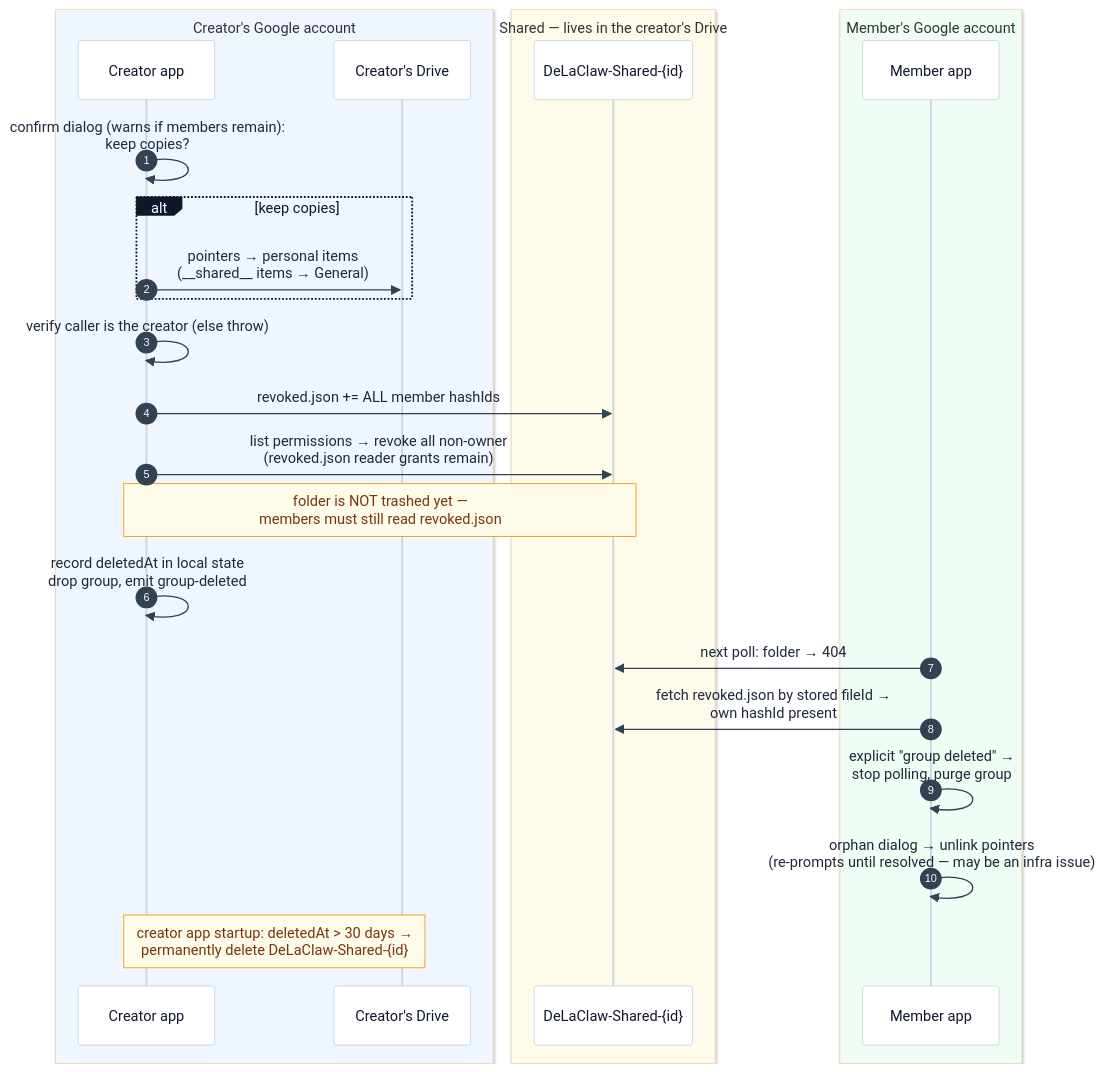
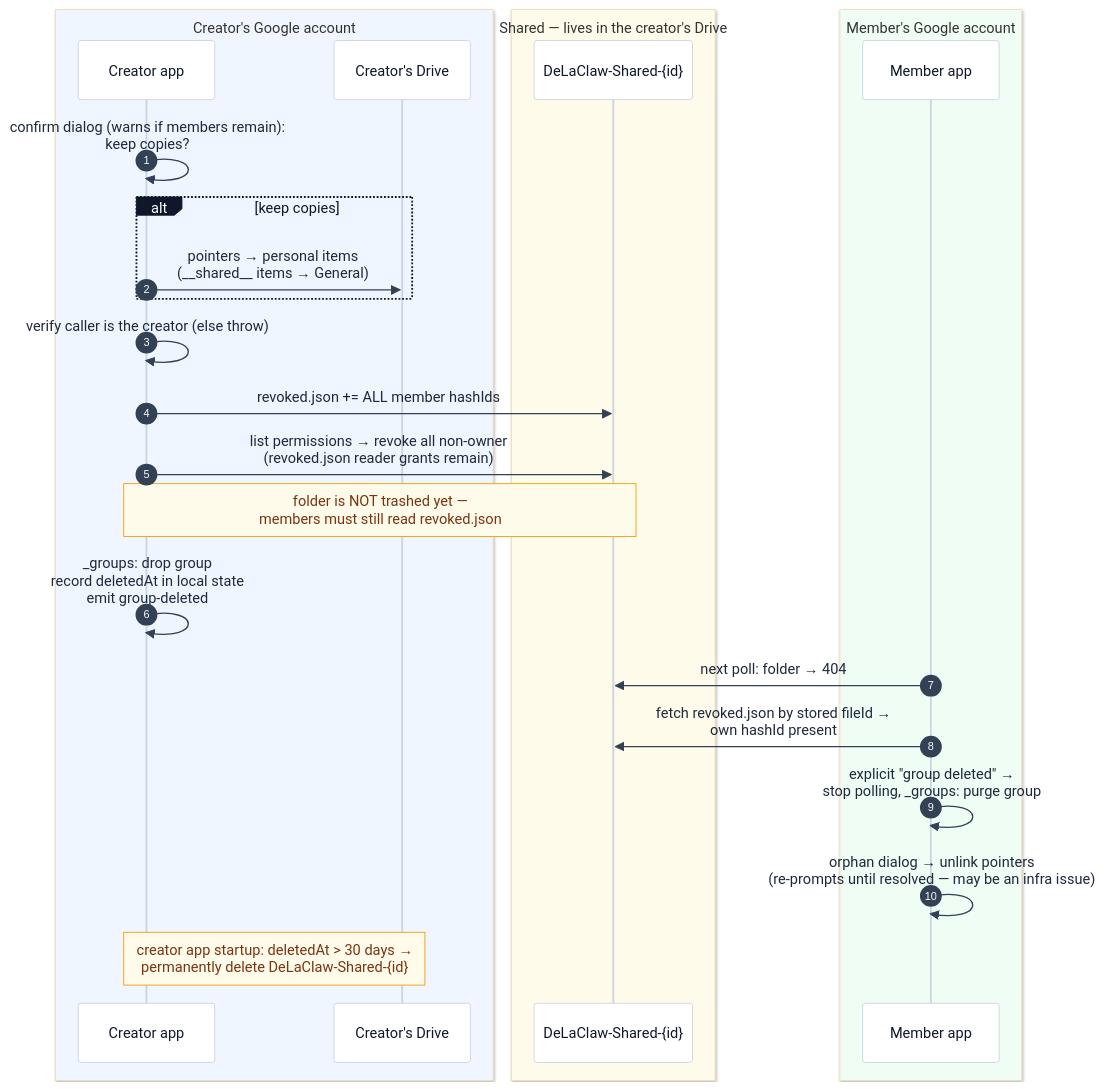
One commit to AntGro/DeLaClaw changed diagram 11 of 12 in docs-site/sharing.md. Above: the diagram before and after it, drawn with Mermaid. The commit also changed other lines of this file and 27 other files, not shown here.

````diff
--- a/docs-site/sharing.md
+++ b/docs-site/sharing.md
@@ -322,30 +424,30 @@
 ```mermaid
 %%{init: {'theme': 'base', 'themeVariables': {'background': '#fbfaf8', 'actorBkg': '#ffffff', 'actorBorder': '#cbd5e1', 'actorTextColor': '#0f172a', 'actorLineColor': '#cbd5e1', 'signalColor': '#334155', 'signalTextColor': '#1e293b', 'noteBkgColor': '#fffbeb', 'noteBorderColor': '#f59e0b', 'noteTextColor': '#78350f', 'labelBoxBkgColor': '#0f172a', 'labelBoxBorderColor': '#0f172a', 'labelTextColor': '#ffffff'}}}%%
 sequenceDiagram
     autonumber
     box rgb(239,246,255) Creator's Google account
     participant CA as Creator app
     participant CD as Creator's Drive
     end
     box rgb(255,251,235) Shared — lives in the creator's Drive
     participant SF as DeLaClaw-Shared-{id}
     end
     box rgb(240,253,244) Member's Google account
     participant MA as Member app
     end
 
     CA->>CA: confirm dialog (warns if members remain):<br/>keep copies?
     alt keep copies
     CA->>CD: pointers → personal items<br/>(__shared__ items → General)
     end
     CA->>CA: verify caller is the creator (else throw)
     CA->>SF: revoked.json += ALL member hashIds
     CA->>SF: list permissions → revoke all non-owner<br/>(revoked.json reader grants remain)
     Note over CA,SF: folder is NOT trashed yet —<br/>members must still read revoked.json
-    CA->>CA: record deletedAt in local state<br/>drop group, emit group-deleted
+    CA->>CA: _groups: drop group<br/>record deletedAt in local state<br/>emit group-deleted
     MA->>SF: next poll: folder → 404
     MA->>SF: fetch revoked.json by stored fileId →<br/>own hashId present
-    MA->>MA: explicit "group deleted" →<br/>stop polling, purge group
+    MA->>MA: explicit "group deleted" →<br/>stop polling, _groups: purge group
     MA->>MA: orphan dialog → unlink pointers<br/>(re-prompts until resolved — may be an infra issue)
     Note over CA,CD: creator app startup: deletedAt > 30 days →<br/>permanently delete DeLaClaw-Shared-{id}
 ```
````
